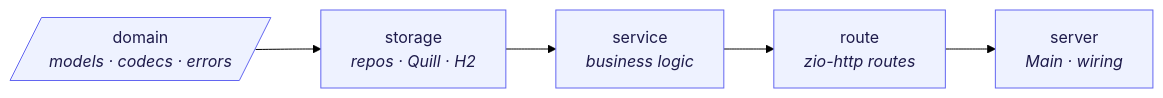
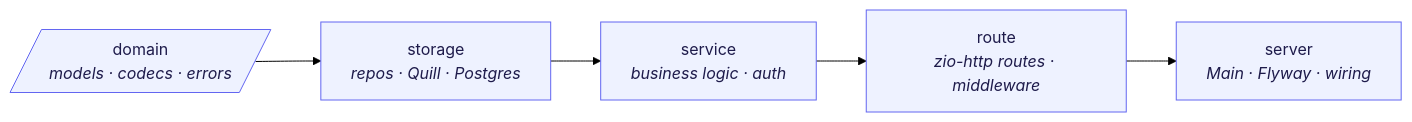
The diagram in README.md (IldarRash/zio-avito-desk), drawn with Mermaid (forest theme) before and after one commit. The commit also changed other lines of this file and 57 other files, not shown here.

First line of the commit message:
feat: fix CI, migrate to Postgres+Flyway, harden backend, add auth & features

````diff
--- a/README.md
+++ b/README.md
@@ -62,11 +70,11 @@
 ```mermaid
 flowchart LR
     domain[/"domain<br/><i>models · codecs · errors</i>"/]
-    storage["storage<br/><i>repos · Quill · H2</i>"]
-    service["service<br/><i>business logic</i>"]
-    route["route<br/><i>zio-http routes</i>"]
-    server["server<br/><i>Main · wiring</i>"]
+    storage["storage<br/><i>repos · Quill · Postgres</i>"]
+    service["service<br/><i>business logic · auth</i>"]
+    route["route<br/><i>zio-http routes · middleware</i>"]
+    server["server<br/><i>Main · Flyway · wiring</i>"]
     domain --> storage --> service --> route --> server
     classDef d fill:#eef2ff,stroke:#6366f1,color:#1e1b4b;
     class domain,storage,service,route,server d;
 ```
````
